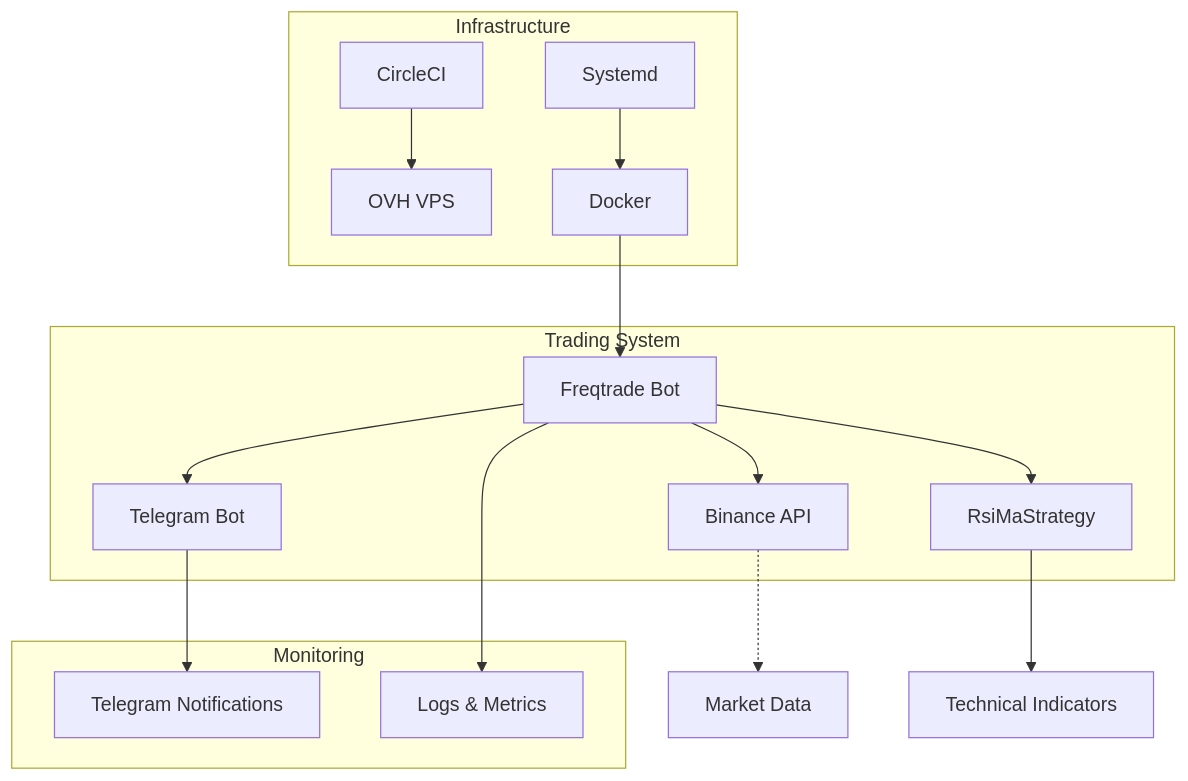
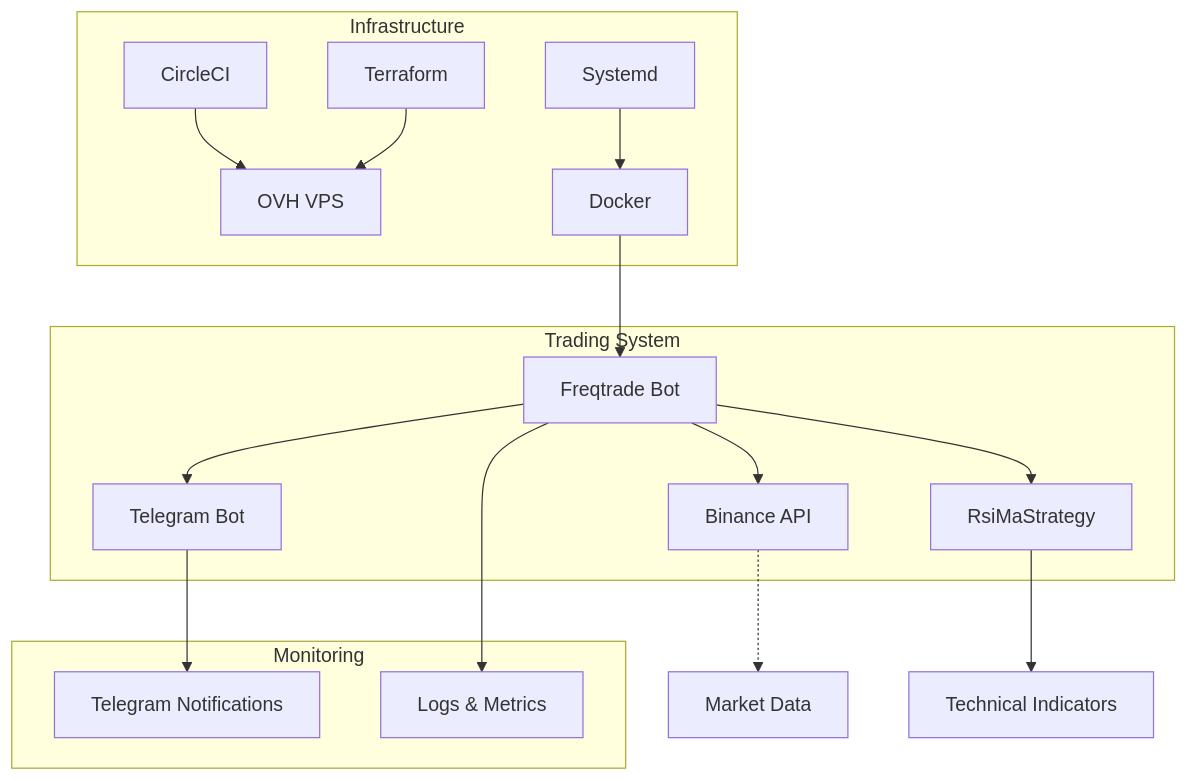
Before and after one commit to solid-computing/AI-Trading: the first of 8 diagrams in readme.md, drawn with Mermaid. The commit also changed other lines of this file and 16 other files, not shown here.

````diff
--- a/readme.md
+++ b/readme.md
@@ -7,22 +7,23 @@
 ```mermaid
 graph TB
     subgraph "Trading System"
         A[Freqtrade Bot] --> B[Binance API]
         A --> C[Telegram Bot]
         A --> D[RsiMaStrategy]
     end
     
     subgraph "Infrastructure"
         E[CircleCI] --> F[OVH VPS]
         G[Docker] --> A
         H[Systemd] --> G
+        T[Terraform] --> F
     end
     
     subgraph "Monitoring"
         C --> I[Telegram Notifications]
         A --> J[Logs & Metrics]
     end
     
     B -.-> K[Market Data]
     D --> L[Technical Indicators]
 ```
````
